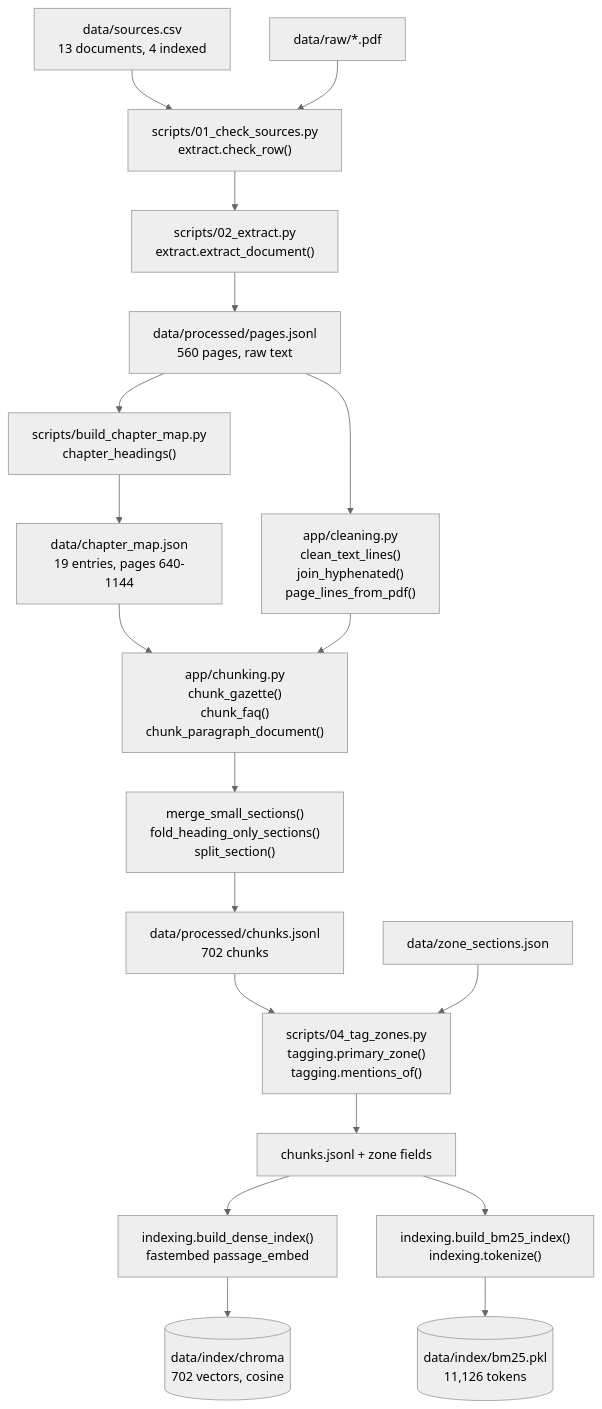
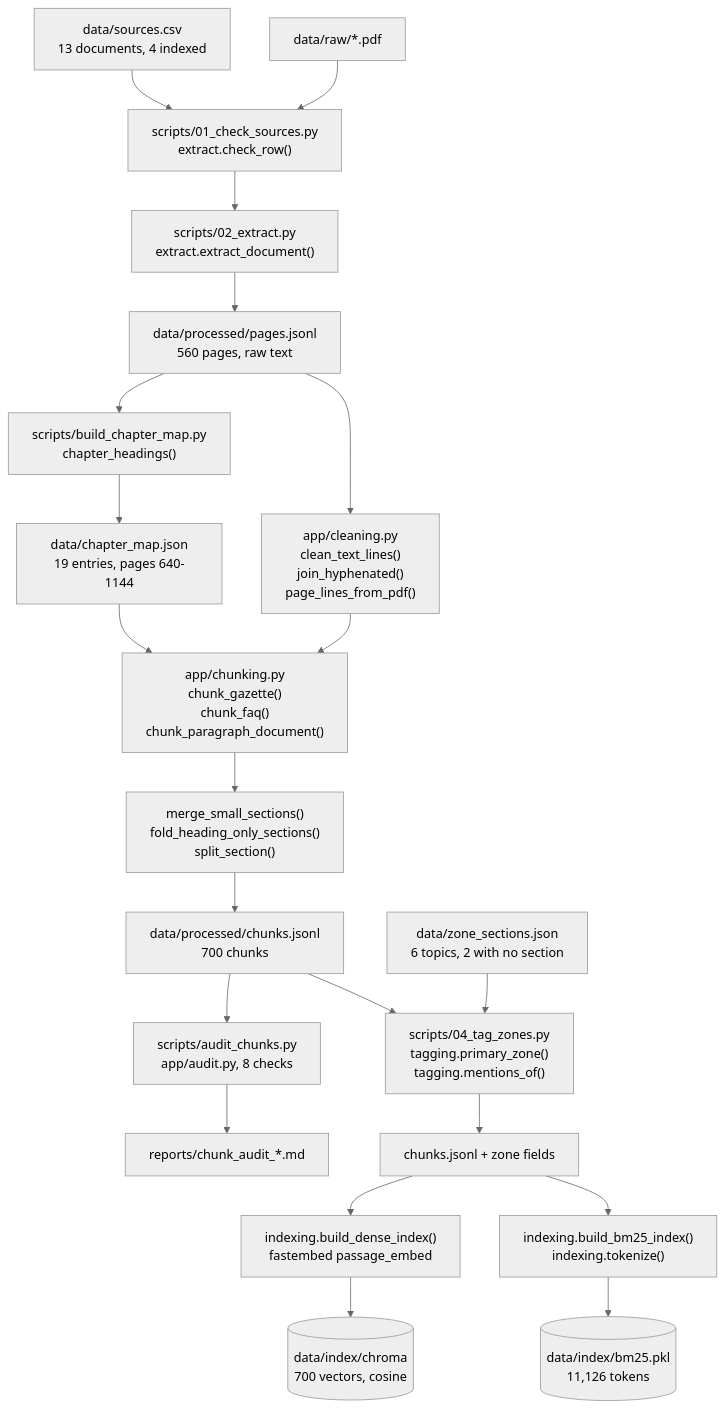
The first of 7 diagrams in docs/ARCHITECTURE.md (dhruv-ship-it/delhi-plan-rag), drawn with Mermaid (neutral theme) before and after one commit. The commit also changed other lines of this file and 5 other files, not shown here.

First line of the commit message:
night3-stage8: README, architecture, the v3 query report and the run report

````diff
--- a/docs/ARCHITECTURE.md
+++ b/docs/ARCHITECTURE.md
@@ -15,25 +15,28 @@
 ```mermaid
 flowchart TB
     CSV["data/sources.csv<br/>13 documents, 4 indexed"] --> CHECK
     PDFS["data/raw/*.pdf"] --> CHECK["scripts/01_check_sources.py<br/>extract.check_row()"]
     CHECK --> EXTRACT["scripts/02_extract.py<br/>extract.extract_document()"]
     EXTRACT --> PAGES["data/processed/pages.jsonl<br/>560 pages, raw text"]
 
     PAGES --> MAP["scripts/build_chapter_map.py<br/>chapter_headings()"]
     MAP --> CMAP["data/chapter_map.json<br/>19 entries, pages 640-1144"]
 
     PAGES --> CLEAN["app/cleaning.py<br/>clean_text_lines()<br/>join_hyphenated()<br/>page_lines_from_pdf()"]
     CMAP --> CHUNK
     CLEAN --> CHUNK["app/chunking.py<br/>chunk_gazette()<br/>chunk_faq()<br/>chunk_paragraph_document()"]
     CHUNK --> SPLIT["merge_small_sections()<br/>fold_heading_only_sections()<br/>split_section()"]
-    SPLIT --> CHUNKS["data/processed/chunks.jsonl<br/>702 chunks"]
+    SPLIT --> CHUNKS["data/processed/chunks.jsonl<br/>700 chunks"]
+
+    CHUNKS --> AUDIT["scripts/audit_chunks.py<br/>app/audit.py, 8 checks"]
+    AUDIT --> REP["reports/chunk_audit_*.md"]
 
     CHUNKS --> TAGS["scripts/04_tag_zones.py<br/>tagging.primary_zone()<br/>tagging.mentions_of()"]
-    ZS["data/zone_sections.json"] --> TAGS
+    ZS["data/zone_sections.json<br/>6 topics, 2 with no section"] --> TAGS
     TAGS --> CHUNKS2["chunks.jsonl + zone fields"]
 
     CHUNKS2 --> DENSE["indexing.build_dense_index()<br/>fastembed passage_embed"]
     CHUNKS2 --> SPARSE["indexing.build_bm25_index()<br/>indexing.tokenize()"]
-    DENSE --> CHROMA[("data/index/chroma<br/>702 vectors, cosine")]
+    DENSE --> CHROMA[("data/index/chroma<br/>700 vectors, cosine")]
     SPARSE --> PKL[("data/index/bm25.pkl<br/>11,126 tokens")]
 ```
````
